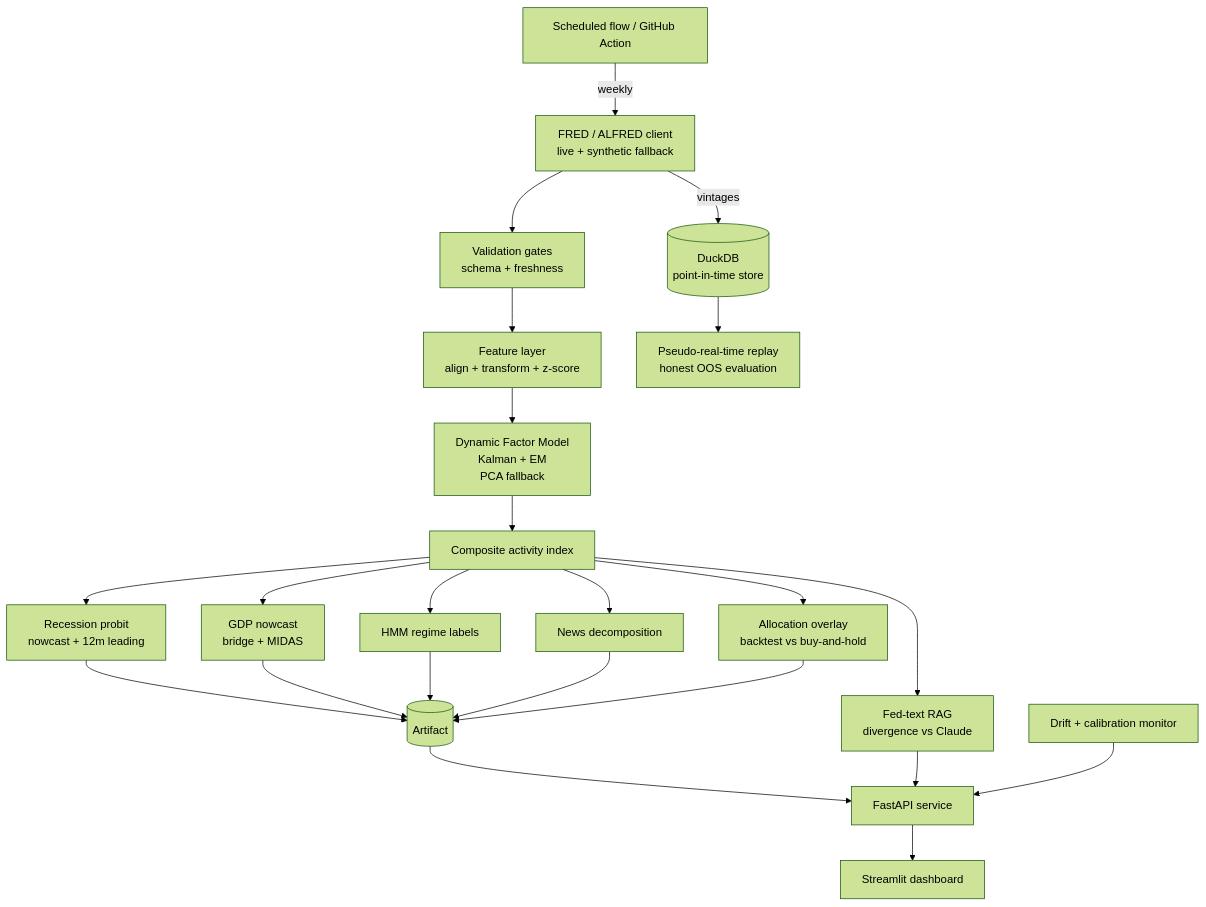
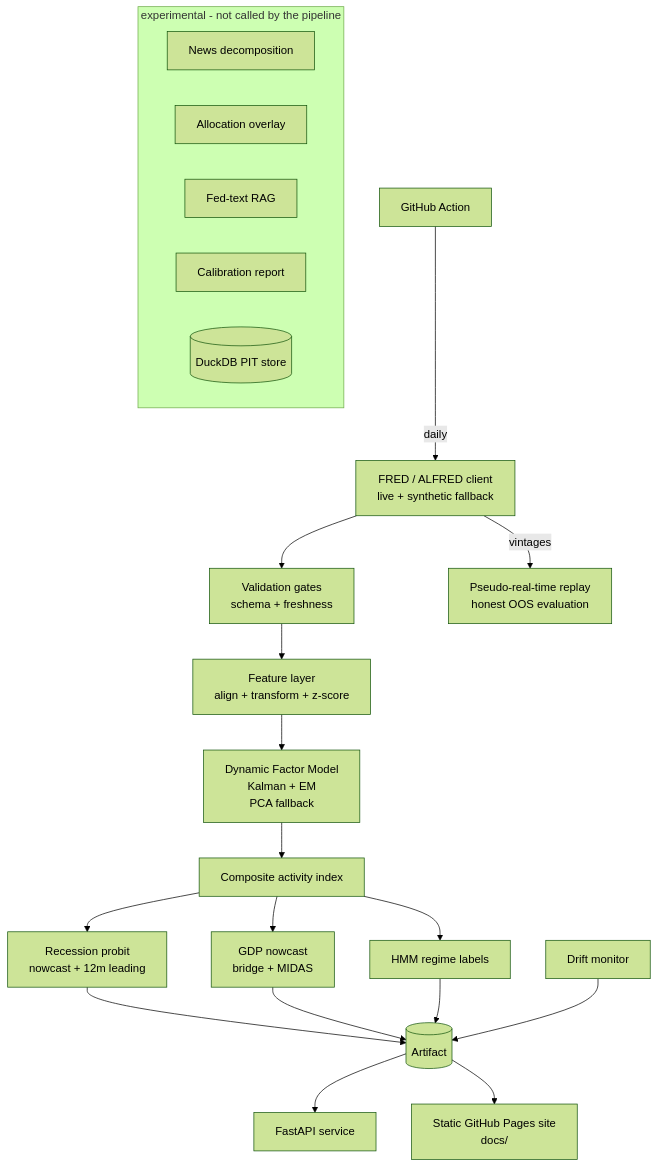
Before and after one commit to Allisterh/macro-nowcaster: the diagram in README.md, drawn with Mermaid (forest theme). The commit also changed other lines of this file and 9 other files, not shown here.

````diff
--- a/README.md
+++ b/README.md
@@ -54,21 +68,23 @@
 ```mermaid
 flowchart TD
-    A[FRED / ALFRED client<br/>live + synthetic fallback] -->|vintages| B[(DuckDB<br/>point-in-time store)]
-    A --> V[Validation gates<br/>schema + freshness]
+    A[FRED / ALFRED client<br/>live + synthetic fallback] --> V[Validation gates<br/>schema + freshness]
     V --> F[Feature layer<br/>align + transform + z-score]
     F --> D[Dynamic Factor Model<br/>Kalman + EM<br/>PCA fallback]
     D --> C[Composite activity index]
     C --> R[Recession probit<br/>nowcast + 12m leading]
     C --> G[GDP nowcast<br/>bridge + MIDAS]
     C --> H[HMM regime labels]
-    C --> N[News decomposition]
-    C --> AL[Allocation overlay<br/>backtest vs buy-and-hold]
-    C --> RAG[Fed-text RAG<br/>divergence vs Claude]
-    B --> PR[Pseudo-real-time replay<br/>honest OOS evaluation]
-    R & G & H & N & AL --> ART[(Artifact)]
+    A -->|vintages| PR[Pseudo-real-time replay<br/>honest OOS evaluation]
+    R & G & H --> ART[(Artifact)]
     ART --> API[FastAPI service]
-    RAG --> API
-    API --> UI[Streamlit dashboard]
-    MON[Drift + calibration monitor] --> API
-    SCHED[Scheduled flow / GitHub Action] -->|weekly| A
+    ART --> SITE[Static GitHub Pages site<br/>docs/]
+    MON[Drift monitor] --> ART
+    SCHED[GitHub Action] -->|daily| A
+    subgraph EXP [experimental - not called by the pipeline]
+      N[News decomposition]
+      AL[Allocation overlay]
+      RAG[Fed-text RAG]
+      CAL[Calibration report]
+      DB[(DuckDB PIT store)]
+    end
 ```
````
